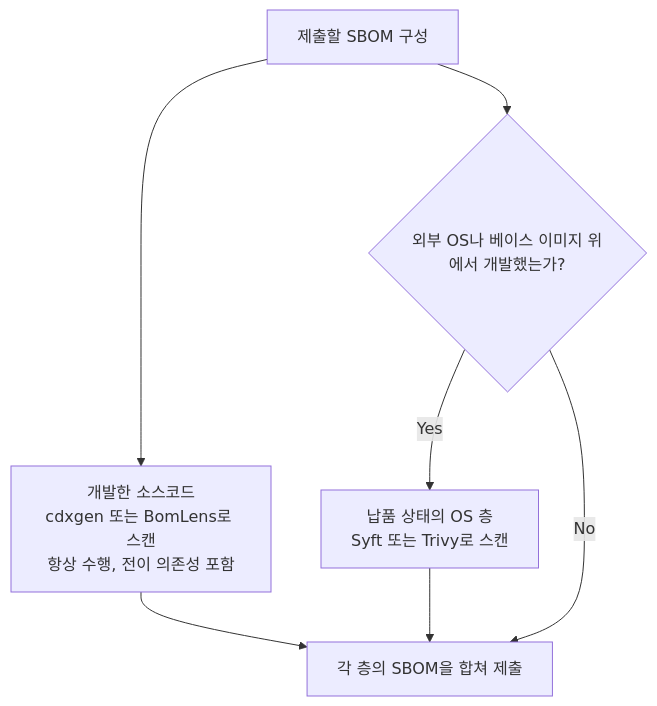
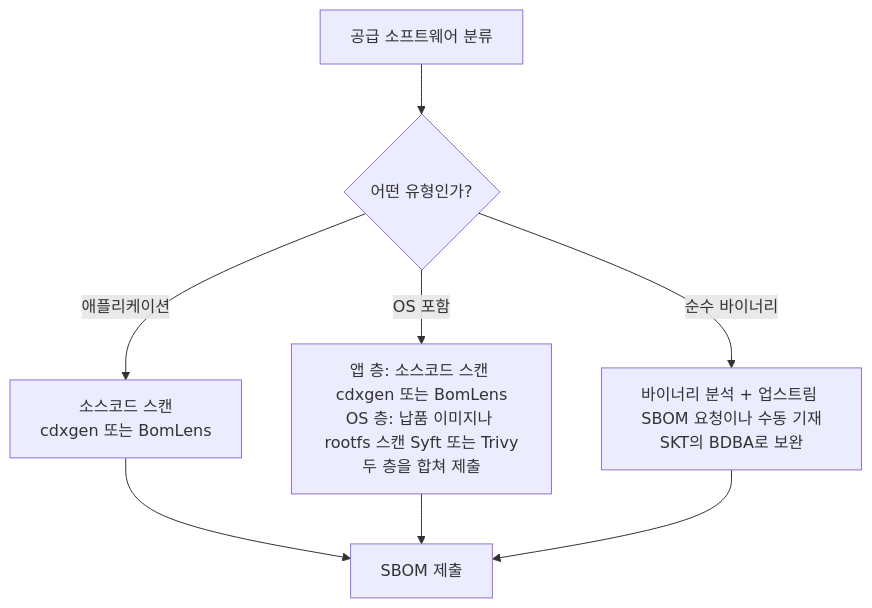
Before and after one commit to sktelecom/sktelecom.github.io: the diagram in content/ko/guide/supply-chain/for-suppliers/creation-guide/_index.md, drawn with Mermaid. The commit also changed other lines of this file and 1 other file, not shown here.

Commit message:
docs(supply-chain): classify the tool-selection diagram by delivery type

````diff
--- a/content/ko/guide/supply-chain/for-suppliers/creation-guide/_index.md
+++ b/content/ko/guide/supply-chain/for-suppliers/creation-guide/_index.md
@@ -14,9 +14,10 @@
 ```mermaid
 graph TD
-    A[제출할 SBOM 구성] --> B[개발한 소스코드<br>cdxgen 또는 BomLens로 스캔<br>항상 수행, 전이 의존성 포함]
-    A --> C{외부 OS나 베이스 이미지 위에서 개발했는가?}
-    C -->|Yes| D[납품 상태의 OS 층<br>Syft 또는 Trivy로 스캔]
-    C -->|No| F[각 층의 SBOM을 합쳐 제출]
-    B --> F
-    D --> F
+    A[공급 소프트웨어 분류] --> Q{어떤 유형인가?}
+    Q -->|애플리케이션| S1[소스코드 스캔<br>cdxgen 또는 BomLens]
+    Q -->|OS 포함| S2[앱 층: 소스코드 스캔 cdxgen 또는 BomLens<br>OS 층: 납품 이미지나 rootfs 스캔 Syft 또는 Trivy<br>두 층을 합쳐 제출]
+    Q -->|순수 바이너리| S3[바이너리 분석 + 업스트림 SBOM 요청이나 수동 기재<br>SKT의 BDBA로 보완]
+    S1 --> P[SBOM 제출]
+    S2 --> P
+    S3 --> P
 ```
````
